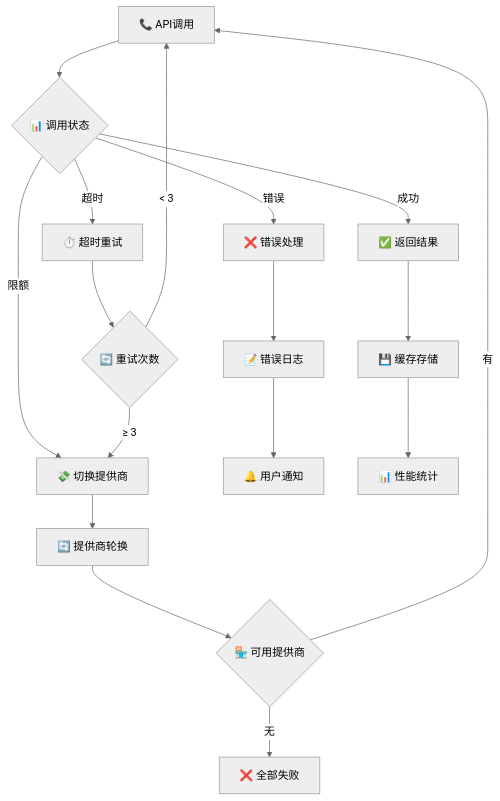
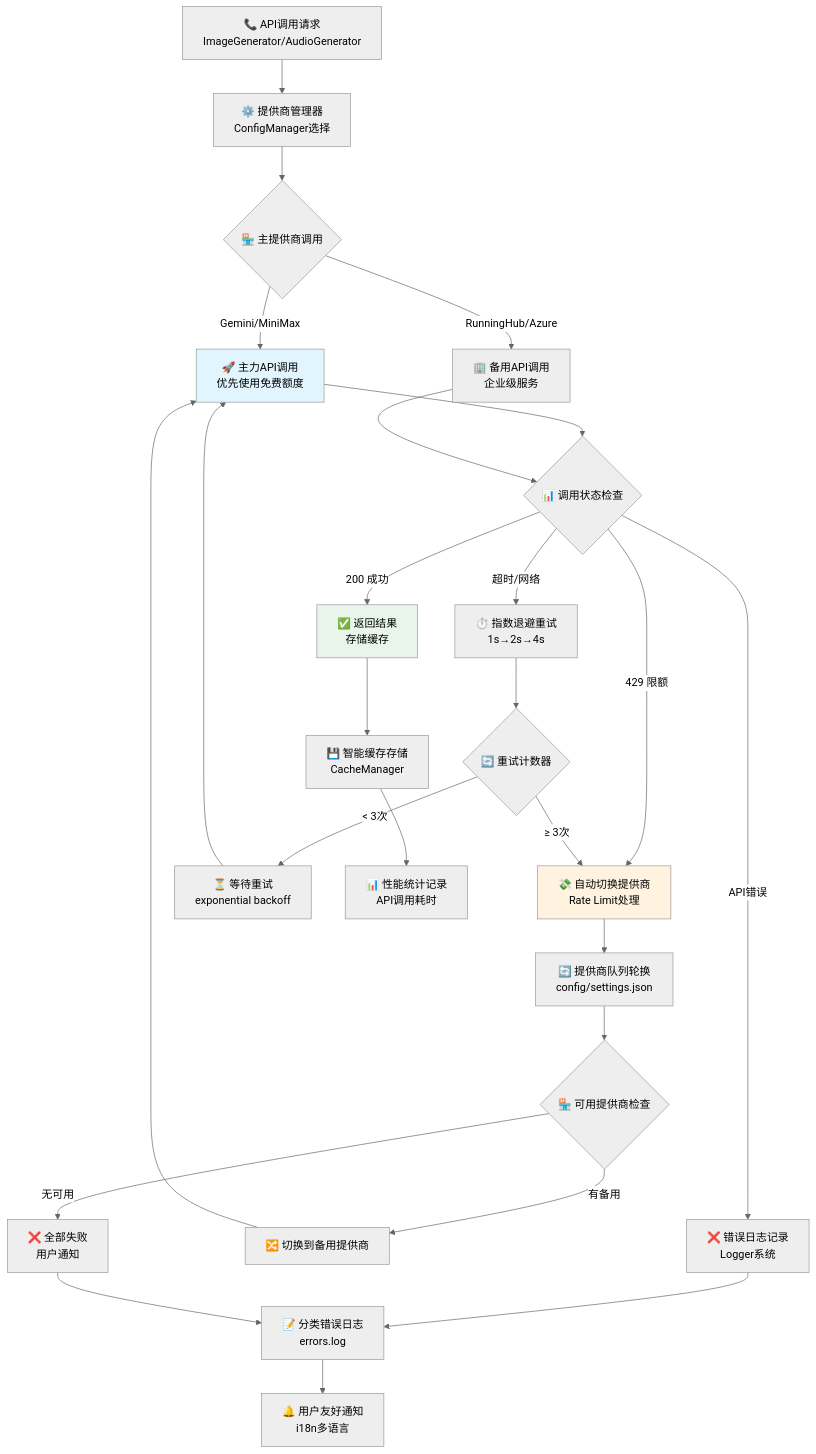
Diagram 11 of 14 in WORKFLOW_DIAGRAM.md (qq1151131109/story_video_generator), drawn with Mermaid (neutral theme) before and after one commit. The commit also changed other lines of this file and 3 other files, not shown here.

First line of the commit message:
🎨 优化图像提示词生成系统

````diff
--- a/WORKFLOW_DIAGRAM.md
+++ b/WORKFLOW_DIAGRAM.md
@@ -352,24 +552,45 @@
 ```mermaid
 graph TB
-    A[📞 API调用] --> B{📊 调用状态}
+    %% API调用入口
+    A[📞 API调用请求<br/>ImageGenerator/AudioGenerator] --> B[⚙️ 提供商管理器<br/>ConfigManager选择]
     
-    B -->|成功| C[✅ 返回结果]
-    B -->|超时| D[⏱️ 超时重试]
-    B -->|限额| E[💸 切换提供商]
-    B -->|错误| F[❌ 错误处理]
+    %% 主提供商调用
+    B --> C{🏪 主提供商调用}
+    C -->|Gemini/MiniMax| D[🚀 主力API调用<br/>优先使用免费额度]
+    C -->|RunningHub/Azure| E[🏢 备用API调用<br/>企业级服务]
     
-    D --> G{🔄 重试次数}
-    G -->|< 3| A
-    G -->|≥ 3| E
+    %% 调用结果处理
+    D --> F{📊 调用状态检查}
+    E --> F
     
-    E --> H[🔄 提供商轮换]
-    H --> I{🏪 可用提供商}
-    I -->|有| A
-    I -->|无| J[❌ 全部失败]
+    F -->|200 成功| G[✅ 返回结果<br/>存储缓存]
+    F -->|429 限额| H[💸 自动切换提供商<br/>Rate Limit处理]
+    F -->|超时/网络| I[⏱️ 指数退避重试<br/>1s→2s→4s]
+    F -->|API错误| J[❌ 错误日志记录<br/>Logger系统]
     
-    F --> K[📝 错误日志]
-    K --> L[🔔 用户通知]
+    %% 重试逻辑
+    I --> K{🔄 重试计数器}
+    K -->|< 3次| L[⏳ 等待重试<br/>exponential backoff]
+    K -->|≥ 3次| H
+    L --> D
     
-    C --> M[💾 缓存存储]
-    M --> N[📊 性能统计]
+    %% 提供商切换
+    H --> M[🔄 提供商队列轮换<br/>config/settings.json]
+    M --> N{🏪 可用提供商检查}
+    N -->|有备用| O[🔀 切换到备用提供商]
+    N -->|无可用| P[❌ 全部失败<br/>用户通知]
+    O --> D
+    
+    %% 成功路径
+    G --> Q[💾 智能缓存存储<br/>CacheManager]
+    Q --> R[📊 性能统计记录<br/>API调用耗时]
+    
+    %% 错误处理
+    J --> S[📝 分类错误日志<br/>errors.log]
+    P --> S
+    S --> T[🔔 用户友好通知<br/>i18n多语言]
+    
+    style D fill:#e1f5fe
+    style H fill:#fff3e0
+    style G fill:#e8f5e8
 ```
````
